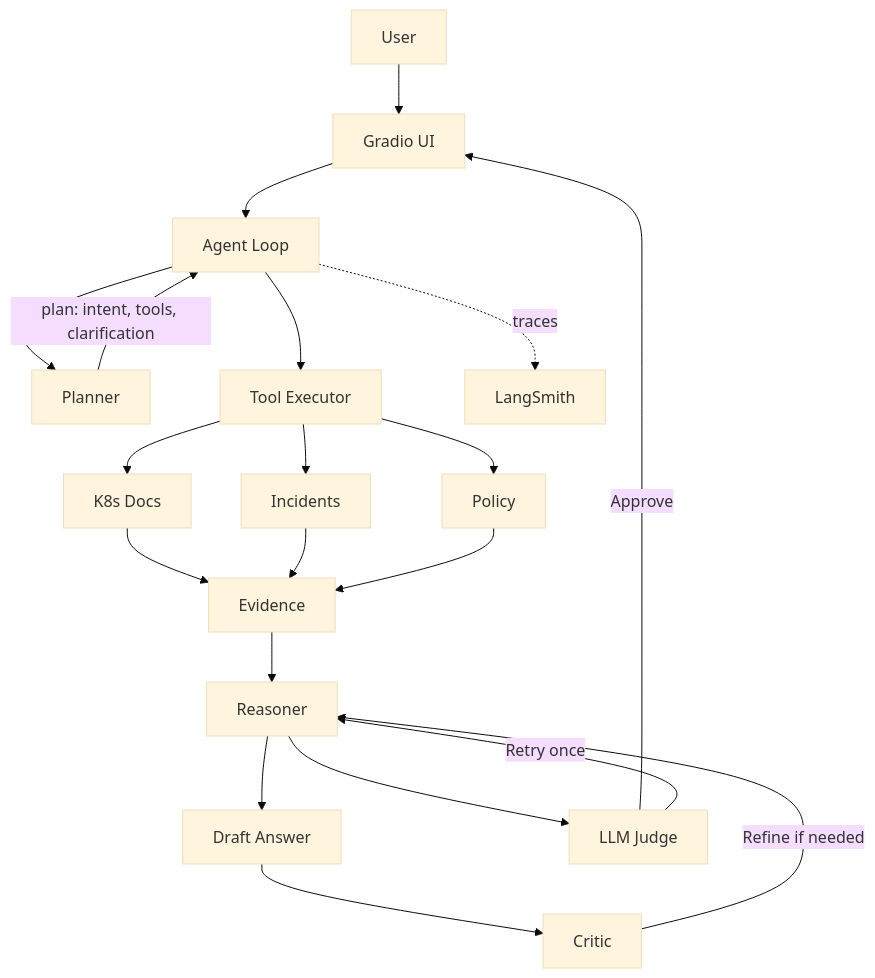
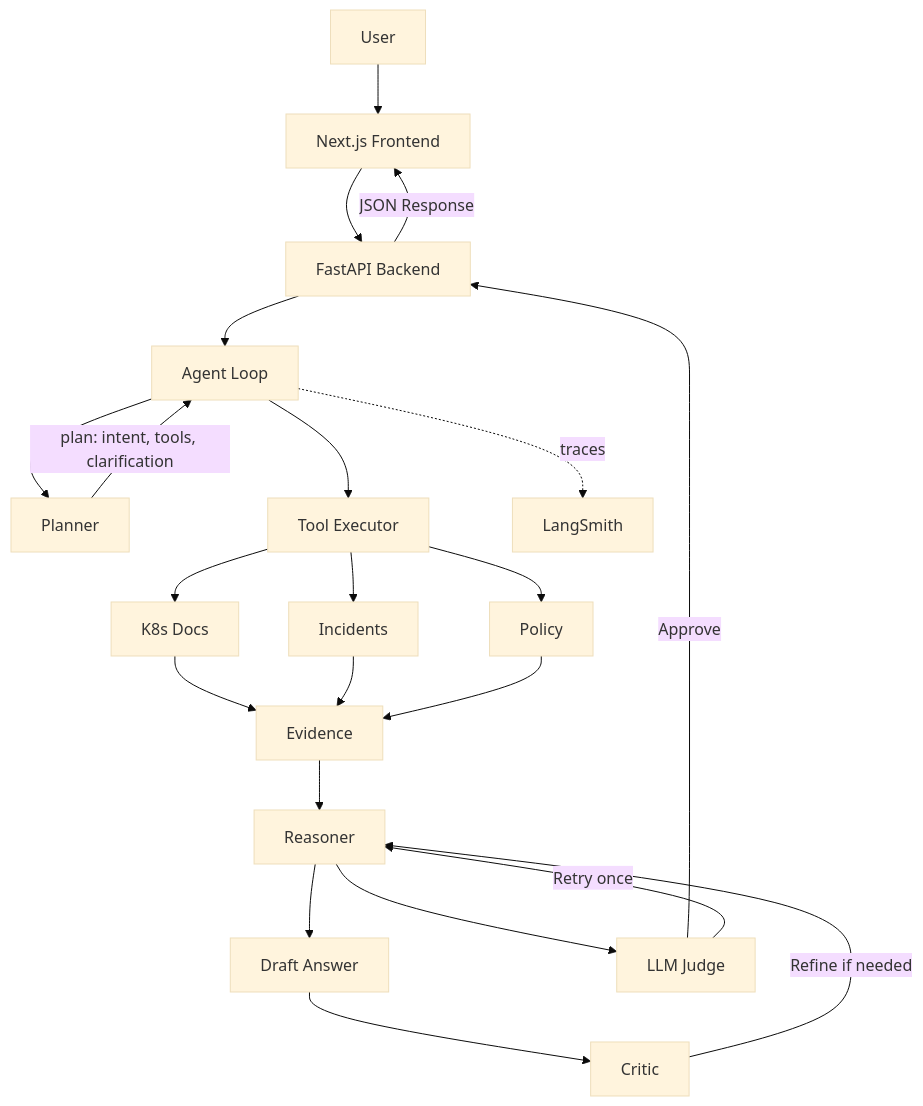
Before and after one commit to SujitSenapati/Agentic-RAG-Knowledge-Analyst: the first of 2 diagrams in README.md, drawn with Mermaid (base theme). The commit also changed other lines of this file and 21 other files, not shown here.

````diff
--- a/README.md
+++ b/README.md
@@ -69,29 +69,31 @@
 ```mermaid
 flowchart TD
-  U[User] --> UI[Gradio UI]
-  UI --> A[Agent Loop]
+  U[User] --> UI[Next.js Frontend]
+  UI --> API[FastAPI Backend]
 
+  API --> A[Agent Loop]
   A --> P[Planner]
   P -->|plan: intent, tools, clarification| A
 
   A --> TE[Tool Executor]
   TE --> R1[K8s Docs]
   TE --> R2[Incidents]
   TE --> R3[Policy]
 
   R1 --> EV[Evidence]
   R2 --> EV
   R3 --> EV
 
   EV --> RS[Reasoner]
   RS --> ANS[Draft Answer]
 
   ANS --> C[Critic]
   C -->|Refine if needed| RS
 
   RS --> J[LLM Judge]
-  J -->|Approve| UI
+  J -->|Approve| API
   J -->|Retry once| RS
 
+  API -->|JSON Response| UI
   A -. traces .-> LS[LangSmith]
 ```
````
